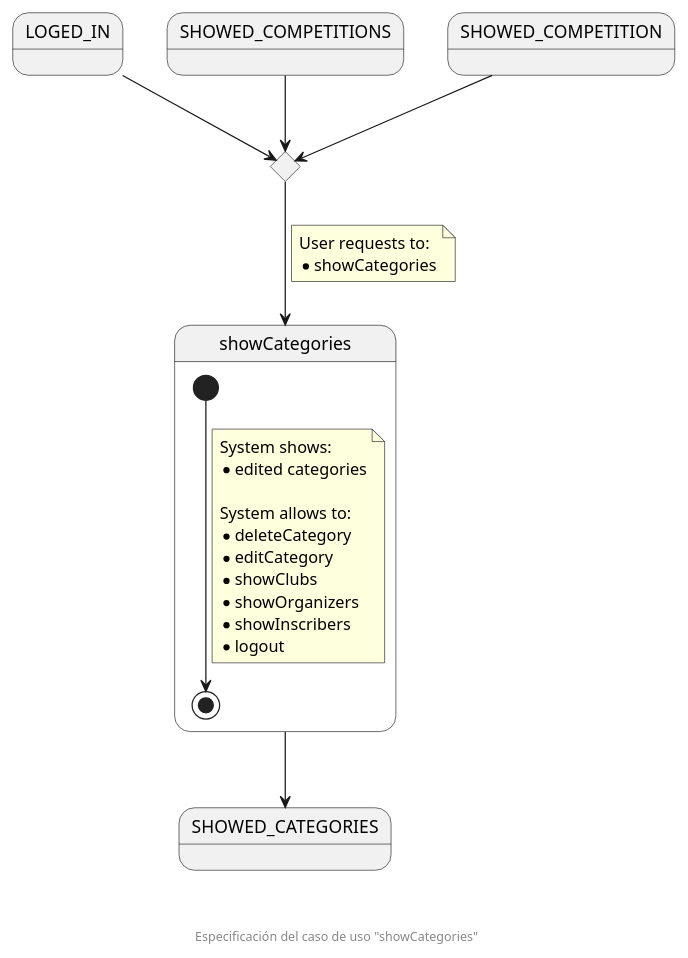
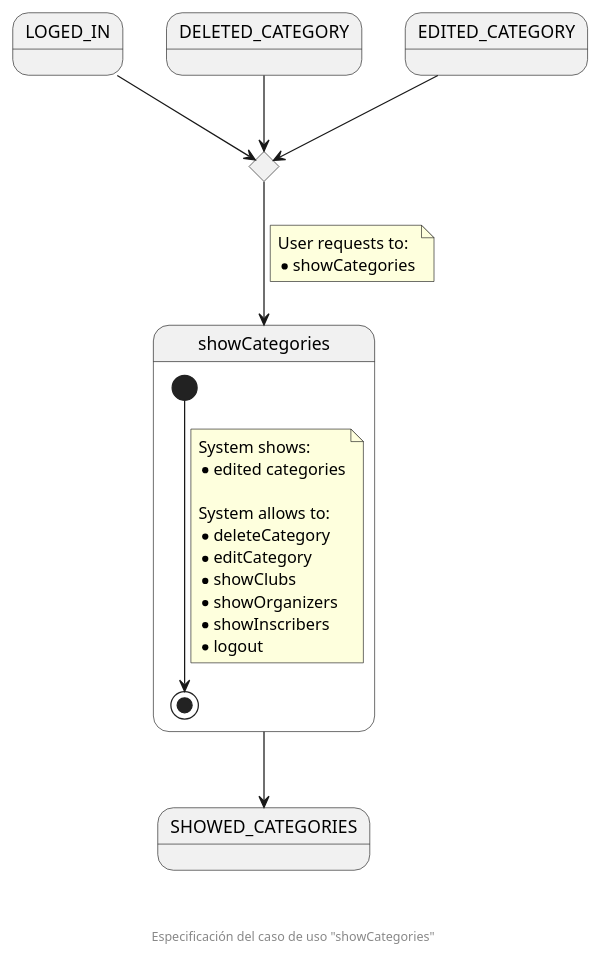
One commit to zuldare/mastercloud_pfm_halterocms changed the diagram in diagrams/useCasesSpecification/organizationSecretary/1_showCategories.puml. Above: the diagram before and after it, drawn with PlantUML.

Commit message:
Fix showCategories use case specification

```diff
--- a/diagrams/useCasesSpecification/organizationSecretary/1_showCategories.puml
+++ b/diagrams/useCasesSpecification/organizationSecretary/1_showCategories.puml
@@ -1,36 +1,36 @@
 @startuml
 state LOGED_IN
-state SHOWED_COMPETITIONS
-state SHOWED_COMPETITION
+state DELETED_CATEGORY
+state EDITED_CATEGORY
 
 state enterShowCategoriesCHC <<choice>>
 
 state showCategories {
   [*] --> [*]
   note on link
     System shows:
     * edited categories
 
     System allows to:
     * deleteCategory
     * editCategory
     * showClubs
     * showOrganizers
     * showInscribers
     * logout
   end note
 }
 state SHOWED_CATEGORIES
 
 LOGED_IN --> enterShowCategoriesCHC
-SHOWED_COMPETITIONS --> enterShowCategoriesCHC
-SHOWED_COMPETITION --> enterShowCategoriesCHC
+DELETED_CATEGORY --> enterShowCategoriesCHC
+EDITED_CATEGORY --> enterShowCategoriesCHC
 enterShowCategoriesCHC --> showCategories
 note on link
   User requests to:
   * showCategories
 end note
 showCategories --> SHOWED_CATEGORIES
 
 footer \n\n\n Especificación del caso de uso "showCategories"
 @enduml
```
